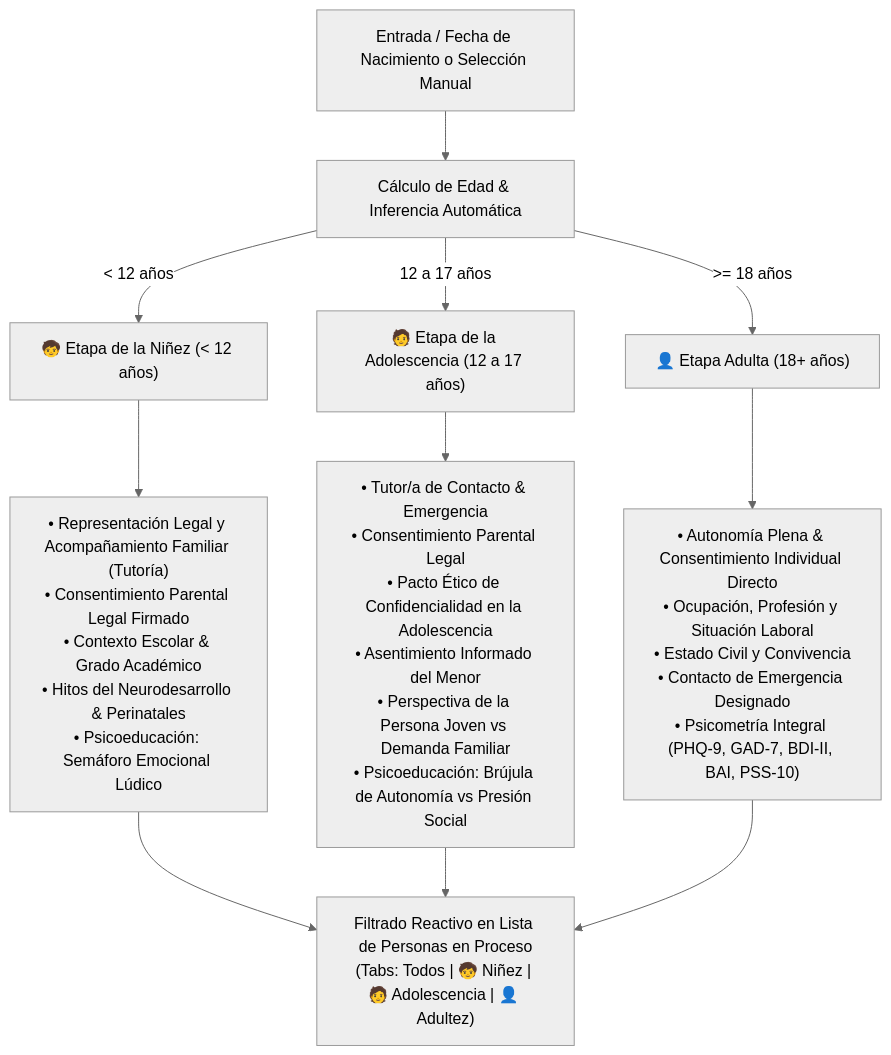
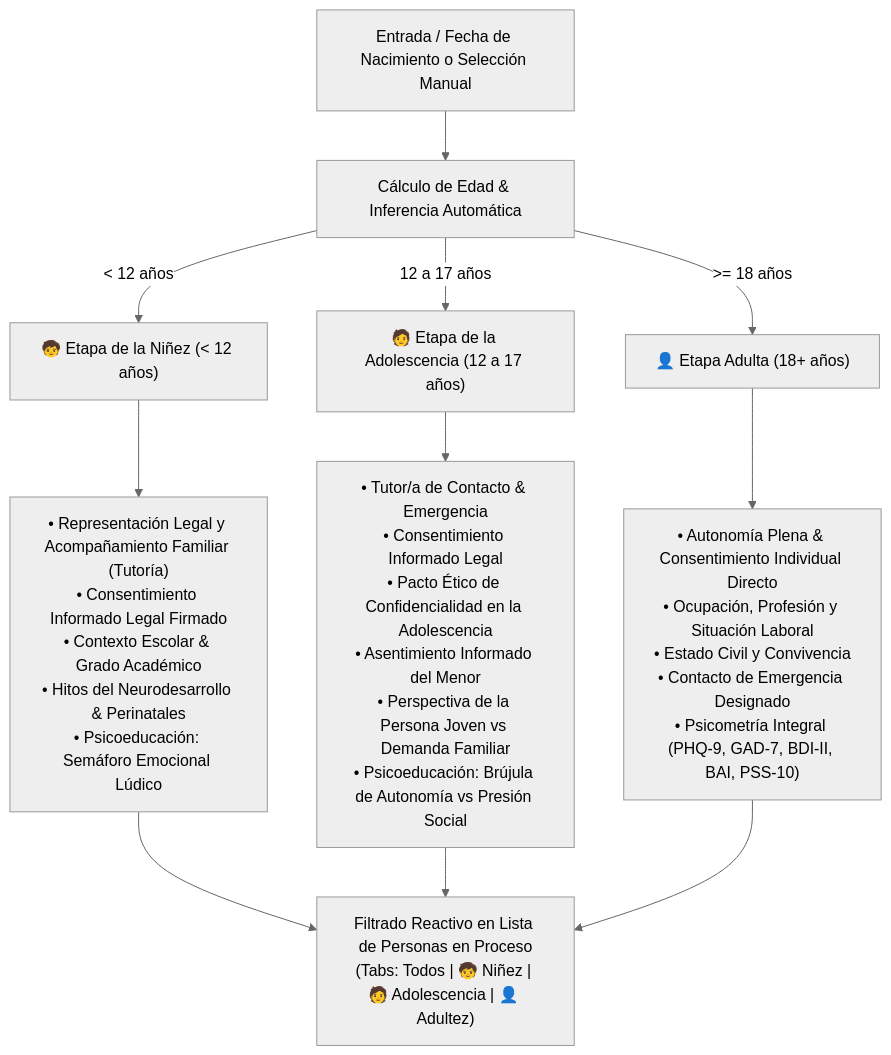
Before and after one commit to loki0923/psico-notes-clinical: the fifth of 55 diagrams in arquitectura.md, drawn with Mermaid (neutral theme). The commit also changed other lines of this file and 9 other files, not shown here.

````diff
--- a/arquitectura.md
+++ b/arquitectura.md
@@ -254,15 +254,15 @@
 ```mermaid
 flowchart TD
     Ingreso["Entrada / Fecha de Nacimiento o Selección Manual"] --> Calc["Cálculo de Edad & Inferencia Automática"]
     Calc -->|"< 12 años"| Ninos["🧒 Etapa de la Niñez (< 12 años)"]
     Calc -->|"12 a 17 años"| Adolescentes["🧑 Etapa de la Adolescencia (12 a 17 años)"]
     Calc -->|">= 18 años"| Adultos["👤 Etapa Adulta (18+ años)"]
 
-    Ninos --> P1["• Representación Legal y Acompañamiento Familiar (Tutoría)\n• Consentimiento Parental Legal Firmado\n• Contexto Escolar & Grado Académico\n• Hitos del Neurodesarrollo & Perinatales\n• Psicoeducación: Semáforo Emocional Lúdico"]
+    Ninos --> P1["• Representación Legal y Acompañamiento Familiar (Tutoría)\n• Consentimiento Informado Legal Firmado\n• Contexto Escolar & Grado Académico\n• Hitos del Neurodesarrollo & Perinatales\n• Psicoeducación: Semáforo Emocional Lúdico"]
     
-    Adolescentes --> P2["• Tutor/a de Contacto & Emergencia\n• Consentimiento Parental Legal\n• Pacto Ético de Confidencialidad en la Adolescencia\n• Asentimiento Informado del Menor\n• Perspectiva de la Persona Joven vs Demanda Familiar\n• Psicoeducación: Brújula de Autonomía vs Presión Social"]
+    Adolescentes --> P2["• Tutor/a de Contacto & Emergencia\n• Consentimiento Informado Legal\n• Pacto Ético de Confidencialidad en la Adolescencia\n• Asentimiento Informado del Menor\n• Perspectiva de la Persona Joven vs Demanda Familiar\n• Psicoeducación: Brújula de Autonomía vs Presión Social"]
     
     Adultos --> P3["• Autonomía Plena & Consentimiento Individual Directo\n• Ocupación, Profesión y Situación Laboral\n• Estado Civil y Convivencia\n• Contacto de Emergencia Designado\n• Psicometría Integral (PHQ-9, GAD-7, BDI-II, BAI, PSS-10)"]
 
     P1 & P2 & P3 --> Vistas["Filtrado Reactivo en Lista de Personas en Proceso\n(Tabs: Todos | 🧒 Niñez | 🧑 Adolescencia | 👤 Adultez)"]
 ```
````
